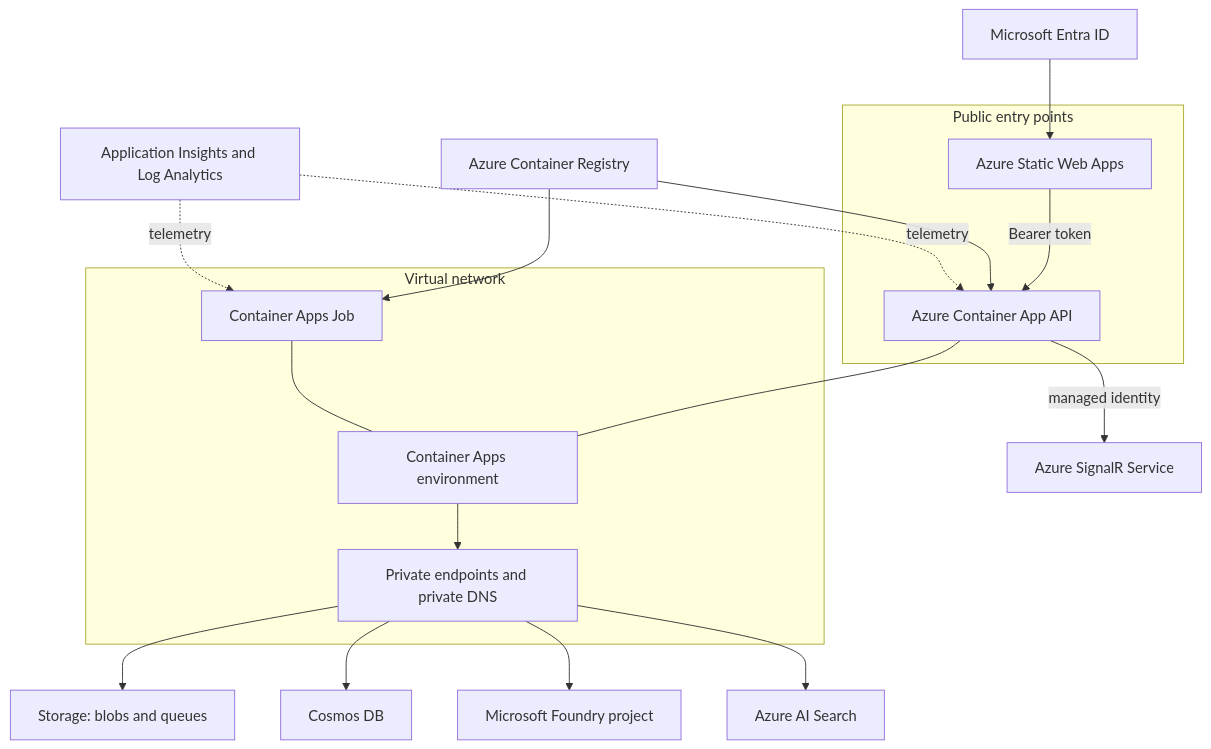
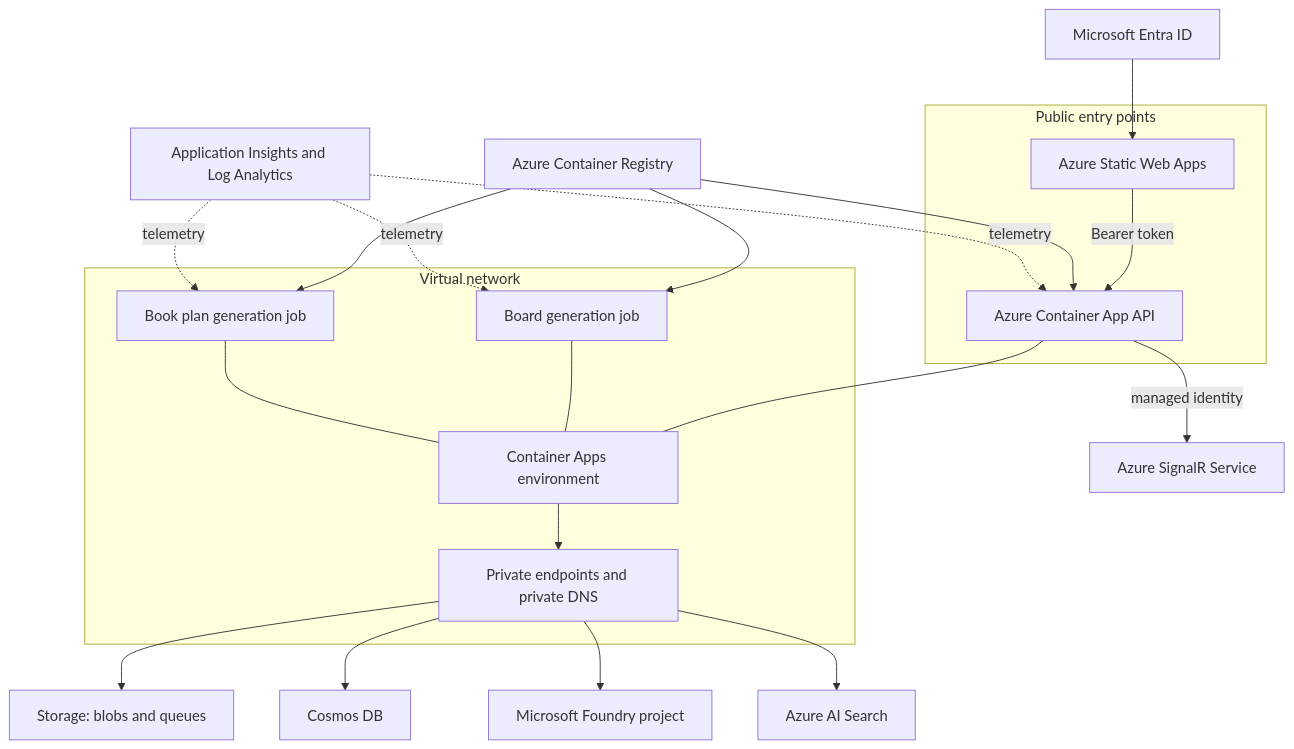
One commit to mathieumack/foundry-comics-mai changed the first of 3 diagrams in docs/architecture.md. Above: the diagram before and after it, drawn with Mermaid. The commit also changed other lines of this file and 25 other files, not shown here.

````diff
--- a/docs/architecture.md
+++ b/docs/architecture.md
@@ -14,26 +15,30 @@
 ```mermaid
 flowchart TB
     subgraph Public[Public entry points]
         SWA[Azure Static Web Apps]
         ACA[Azure Container App API]
     end
     Entra[Microsoft Entra ID] --> SWA
     SWA -->|Bearer token| ACA
     subgraph VNet[Virtual network]
         CAE[Container Apps environment]
-        Job[Container Apps Job]
+        BoardJob[Board generation job]
+        BookPlanJob[Book plan generation job]
         PE[Private endpoints and private DNS]
     end
     ACA --- CAE
-    Job --- CAE
+    BoardJob --- CAE
+    BookPlanJob --- CAE
     CAE --> PE
     PE --> Storage[Storage: blobs and queues]
     PE --> Cosmos[Cosmos DB]
     PE --> Foundry[Microsoft Foundry project]
     PE --> Search[Azure AI Search]
     ACA -->|managed identity| SignalR[Azure SignalR Service]
     ACR[Azure Container Registry] --> ACA
-    ACR --> Job
+    ACR --> BoardJob
+    ACR --> BookPlanJob
     Monitor[Application Insights and Log Analytics] -. telemetry .-> ACA
-    Monitor -. telemetry .-> Job
+    Monitor -. telemetry .-> BoardJob
+    Monitor -. telemetry .-> BookPlanJob
 ```
````
